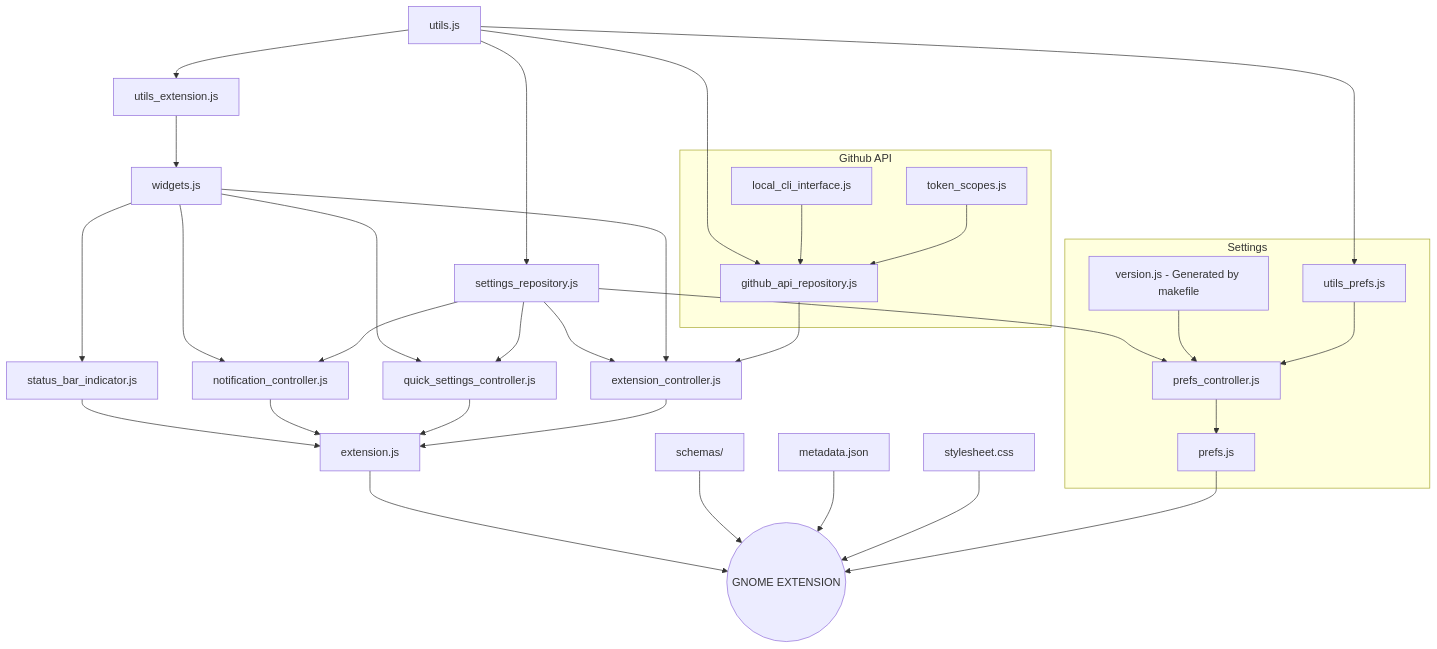
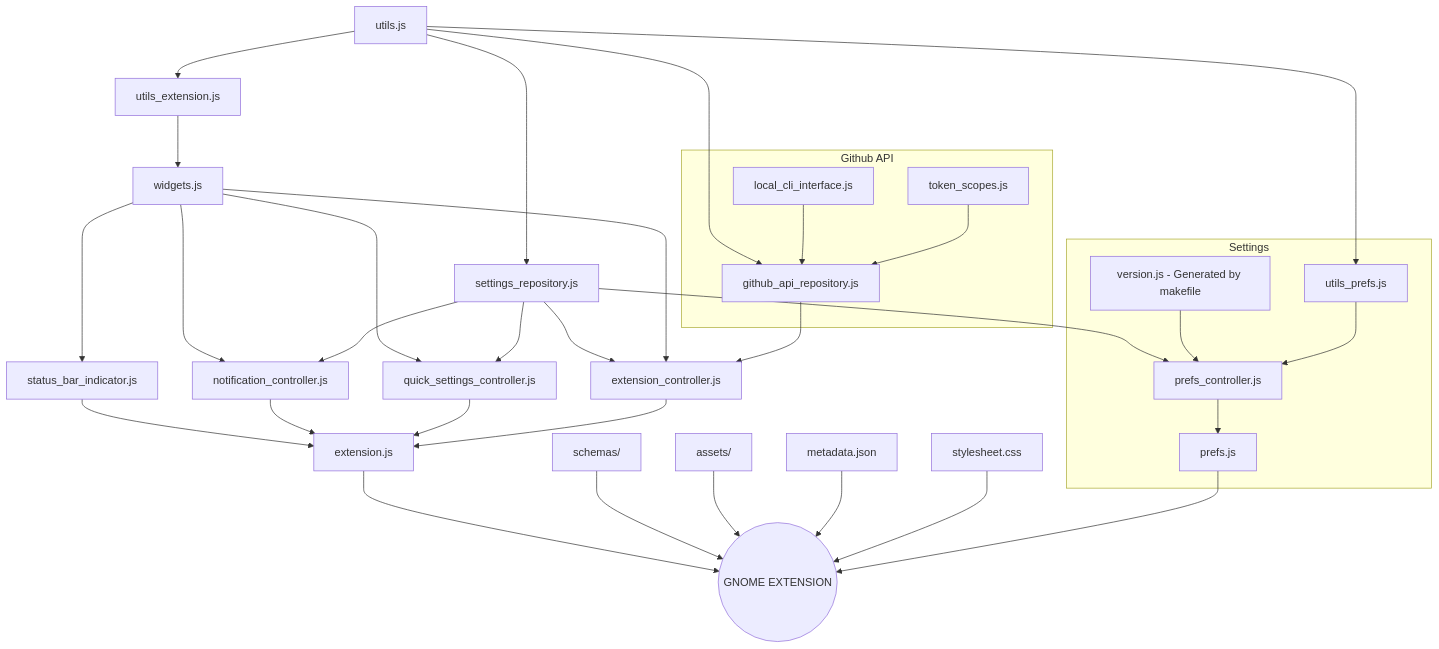
The diagram in README.md (arononak/github-actions-gnome-extension), drawn with Mermaid before and after one commit.

````diff
--- a/README.md
+++ b/README.md
@@ -33,45 +33,46 @@
 ```mermaid
 graph TD
     utils.js-->utils_extension.js
     utils.js-->github_api_repository.js
     utils.js-->utils_prefs.js
     utils.js-->settings_repository.js
     utils_extension.js-->widgets.js
     widgets.js--->status_bar_indicator.js
     widgets.js--->quick_settings_controller.js
     widgets.js--->notification_controller.js
     settings_repository.js-->extension_controller.js
     widgets.js-->extension_controller.js
     local_cli_interface.js-->github_api_repository.js
     token_scopes.js-->github_api_repository.js
     github_api_repository.js-->extension_controller.js
     settings_repository.js-->quick_settings_controller.js
     settings_repository.js-->notification_controller.js
     settings_repository.js-->prefs_controller.js
     version.js[version.js - Generated by makefile]-->prefs_controller.js
     utils_prefs.js-->prefs_controller.js
     prefs_controller.js-->prefs.js
     status_bar_indicator.js-->extension.js
     notification_controller.js-->extension.js
     quick_settings_controller.js-->extension.js
     extension_controller.js-->extension.js
     
     extension.js-->EXTENSION((GNOME EXTENSION))
     schemas/-->EXTENSION((GNOME EXTENSION))
+    assets/-->EXTENSION((GNOME EXTENSION))
     metadata.json-->EXTENSION((GNOME EXTENSION))
     stylesheet.css-->EXTENSION((GNOME EXTENSION))
     prefs.js-->EXTENSION((GNOME EXTENSION))
 
     subgraph "Settings"
         version.js
         prefs.js
         prefs_controller.js
         utils_prefs.js
     end
 
     subgraph "Github API"
         token_scopes.js
         local_cli_interface.js
         github_api_repository.js
     end
 ```
````
